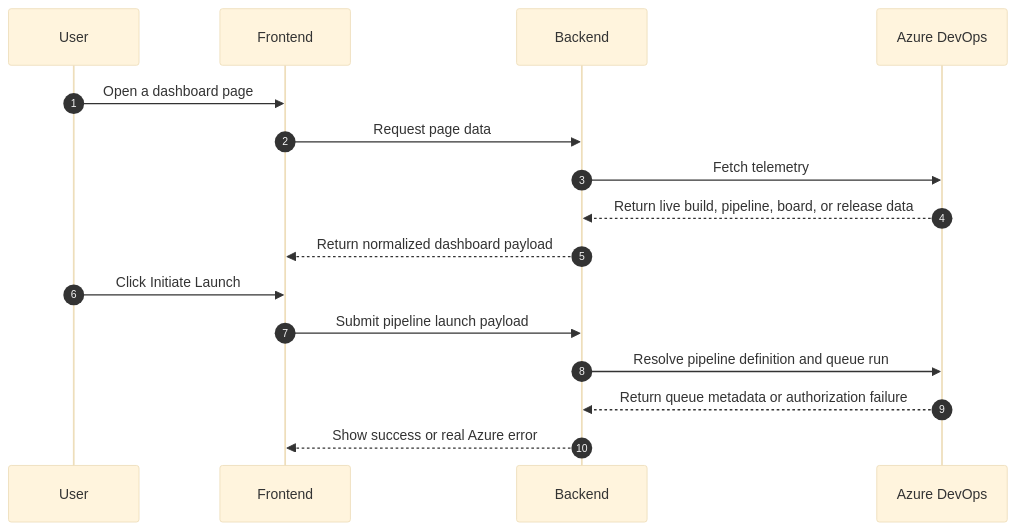
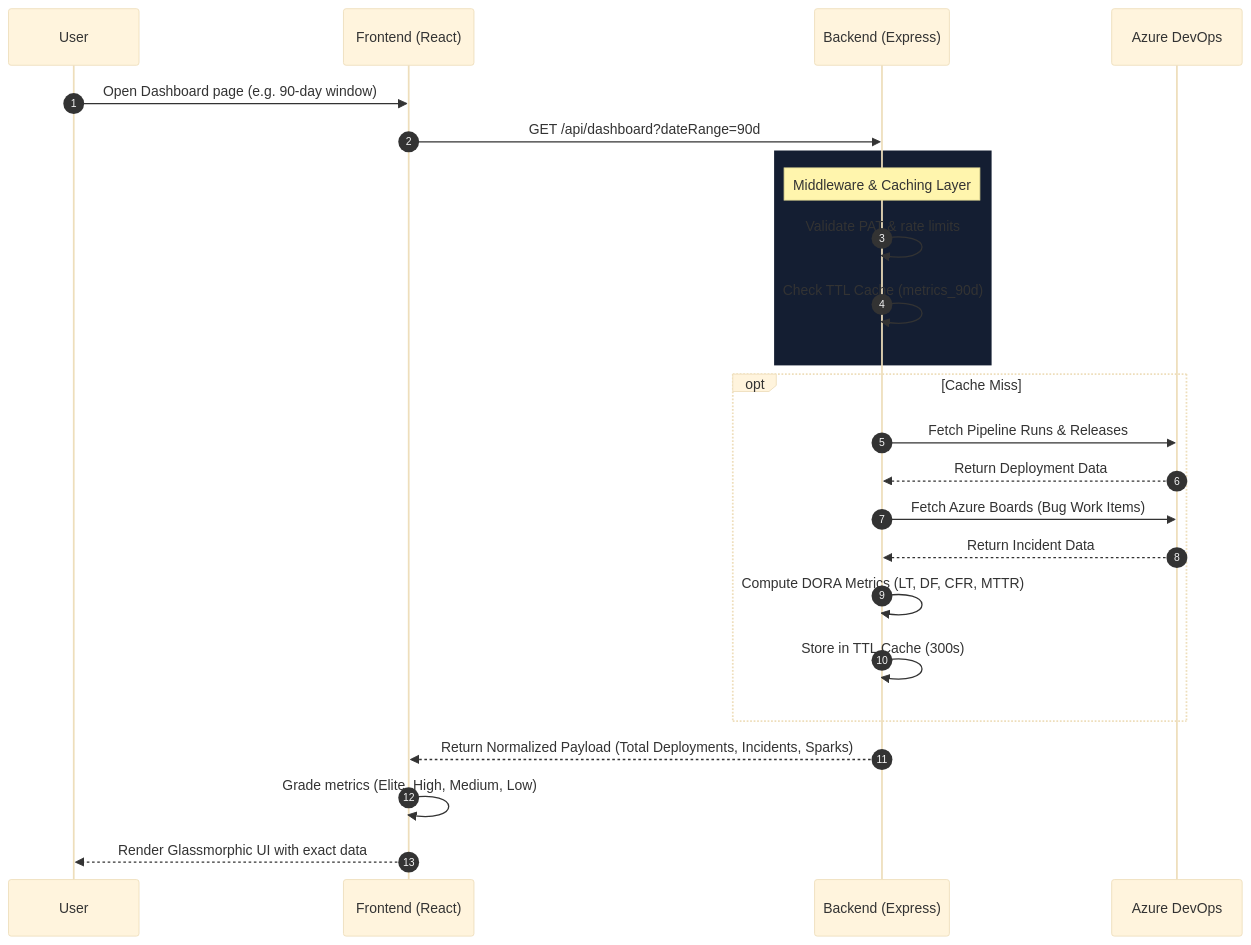
Before and after one commit to Rudra-Narayan-Pandey/DORA-Dashboard: the second of 2 diagrams in README.md, drawn with Mermaid (base theme). The commit also changed other lines of this file and 23 other files, not shown here.

Commit message:
docs: Update README with comprehensive architecture and detailed file breakdowns

````diff
--- a/README.md
+++ b/README.md
@@ -60,19 +77,30 @@
 ```mermaid
 sequenceDiagram
   autonumber
   participant U as User
-  participant UI as Frontend
-  participant BE as Backend
+  participant UI as Frontend (React)
+  participant BE as Backend (Express)
   participant AZ as Azure DevOps
 
-  U->>UI: Open a dashboard page
-  UI->>BE: Request page data
-  BE->>AZ: Fetch telemetry
-  AZ-->>BE: Return live build, pipeline, board, or release data
-  BE-->>UI: Return normalized dashboard payload
-  U->>UI: Click Initiate Launch
-  UI->>BE: Submit pipeline launch payload
-  BE->>AZ: Resolve pipeline definition and queue run
-  AZ-->>BE: Return queue metadata or authorization failure
-  BE-->>UI: Show success or real Azure error
+  U->>UI: Open Dashboard page (e.g. 90-day window)
+  UI->>BE: GET /api/dashboard?dateRange=90d
+  
+  rect rgb(20, 30, 50)
+    Note over BE: Middleware & Caching Layer
+    BE->>BE: Validate PAT & rate limits
+    BE->>BE: Check TTL Cache (metrics_90d)
+  end
+  
+  opt Cache Miss
+    BE->>AZ: Fetch Pipeline Runs & Releases
+    AZ-->>BE: Return Deployment Data
+    BE->>AZ: Fetch Azure Boards (Bug Work Items)
+    AZ-->>BE: Return Incident Data
+    BE->>BE: Compute DORA Metrics (LT, DF, CFR, MTTR)
+    BE->>BE: Store in TTL Cache (300s)
+  end
+  
+  BE-->>UI: Return Normalized Payload (Total Deployments, Incidents, Sparks)
+  UI->>UI: Grade metrics (Elite, High, Medium, Low)
+  UI-->>U: Render Glassmorphic UI with exact data
 ```
````
